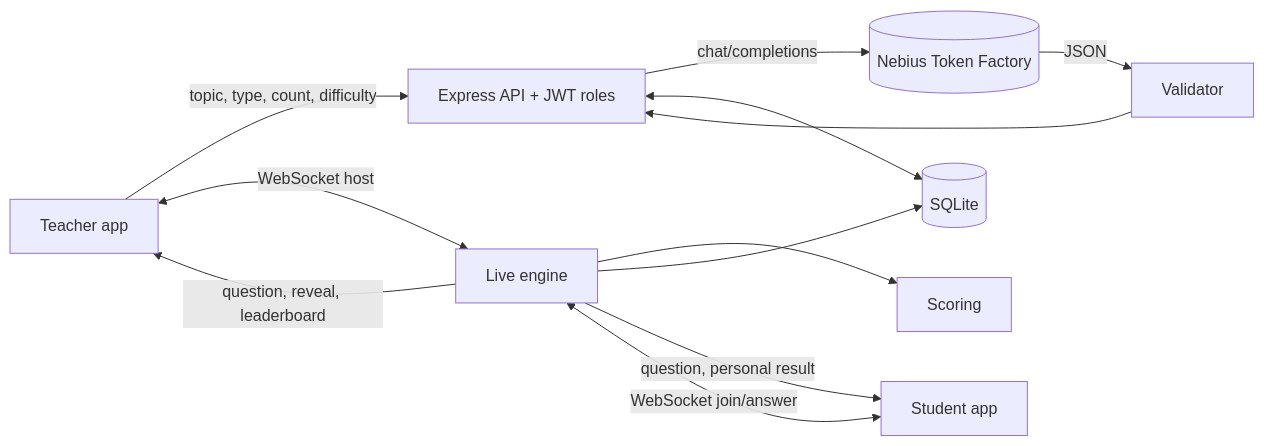
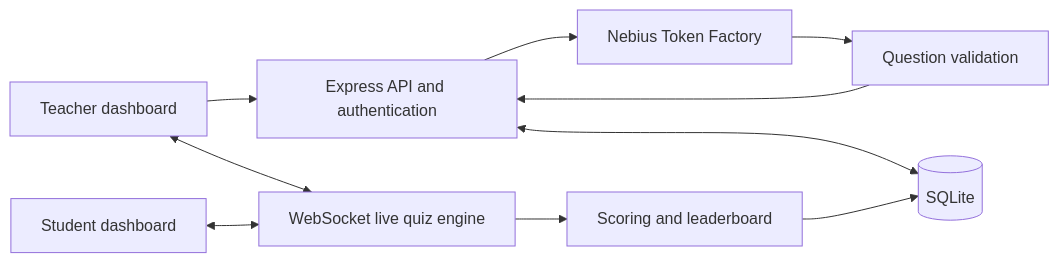
Before and after one commit to Vinod-dead/QuizForze: the diagram in README.md, drawn with Mermaid. The commit also changed other lines of this file, not shown here.

````diff
--- a/README.md
+++ b/README.md
@@ -37,14 +96,12 @@
 ```mermaid
 flowchart LR
-  T[Teacher app] -->|topic, type, count, difficulty| API[Express API + JWT roles]
-  API -->|chat/completions| N[(Nebius Token Factory)]
-  N -->|JSON| V[Validator]
-  V --> API
-  API <--> DB[(SQLite)]
-  T <-->|WebSocket host| E[Live engine]
-  S[Student app] <-->|WebSocket join/answer| E
-  E --> SC[Scoring] 
-  E --> DB
-  E -->|question, reveal, leaderboard| T
-  E -->|question, personal result| S
+    T[Teacher dashboard] --> API[Express API and authentication]
+    API --> N[Nebius Token Factory]
+    N --> V[Question validation]
+    V --> API
+    API <--> DB[(SQLite)]
+    T <--> WS[WebSocket live quiz engine]
+    S[Student dashboard] <--> WS
+    WS --> SC[Scoring and leaderboard]
+    SC --> DB
 ```
````
